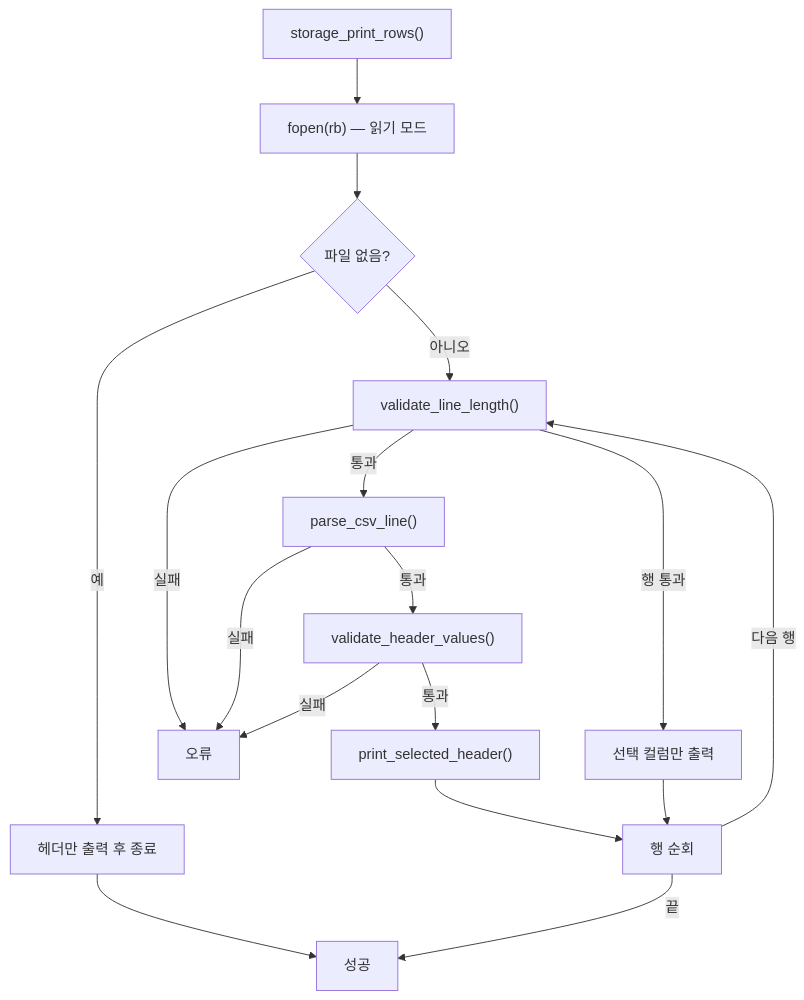
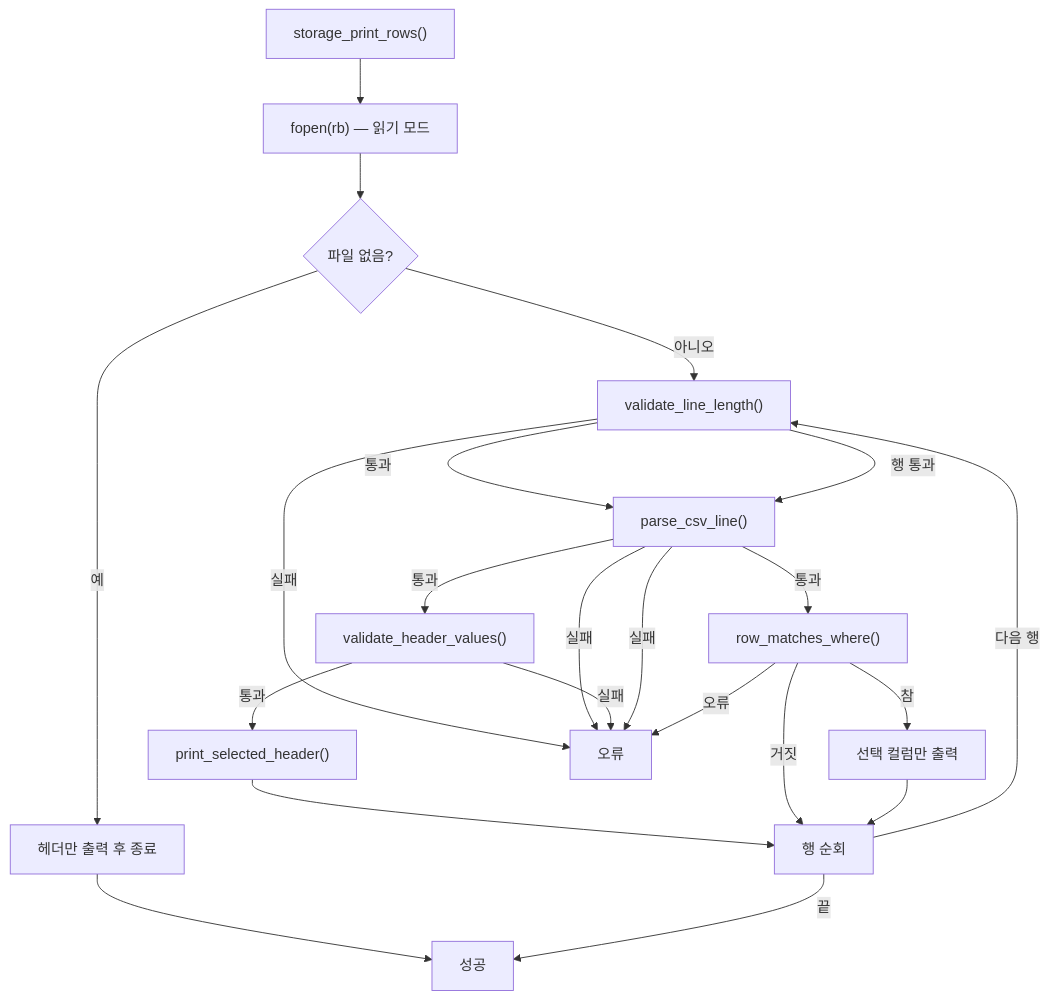
One commit to Jungle-12-303/week6-team5-sql changed the tenth of 17 diagrams in docs/storage-executor.md. Above: the diagram before and after it, drawn with Mermaid. The commit also changed other lines of this file and 4 other files, not shown here.

````diff
--- a/docs/storage-executor.md
+++ b/docs/storage-executor.md
@@ -246,30 +289,36 @@
 ```mermaid
 flowchart TD
     SPR["storage_print_rows()"]
     OPEN["fopen(rb) — 읽기 모드"]
     NOENT{"파일 없음?"}
     HEADER["헤더만 출력 후 종료"]
     VLL["validate_line_length()"]
     PCL["parse_csv_line()"]
     VHV["validate_header_values()"]
     PSH["print_selected_header()"]
     LOOP["행 순회"]
+    MATCH["row_matches_where()"]
     PRINT["선택 컬럼만 출력"]
     OK["성공"]
     ERR["오류"]
 
     SPR --> OPEN
     OPEN --> NOENT
     NOENT -->|"예"| HEADER --> OK
     NOENT -->|"아니오"| VLL
     VLL -->|"실패"| ERR
     VLL -->|"통과"| PCL
     PCL -->|"실패"| ERR
     PCL -->|"통과"| VHV
     VHV -->|"실패"| ERR
     VHV -->|"통과"| PSH
     PSH --> LOOP
     LOOP -->|"다음 행"| VLL
     LOOP -->|"끝"| OK
-    VLL -->|"행 통과"| PRINT --> LOOP
+    VLL -->|"행 통과"| PCL
+    PCL -->|"실패"| ERR
+    PCL -->|"통과"| MATCH
+    MATCH -->|"거짓"| LOOP
+    MATCH -->|"참"| PRINT --> LOOP
+    MATCH -->|"오류"| ERR
 ```
````
